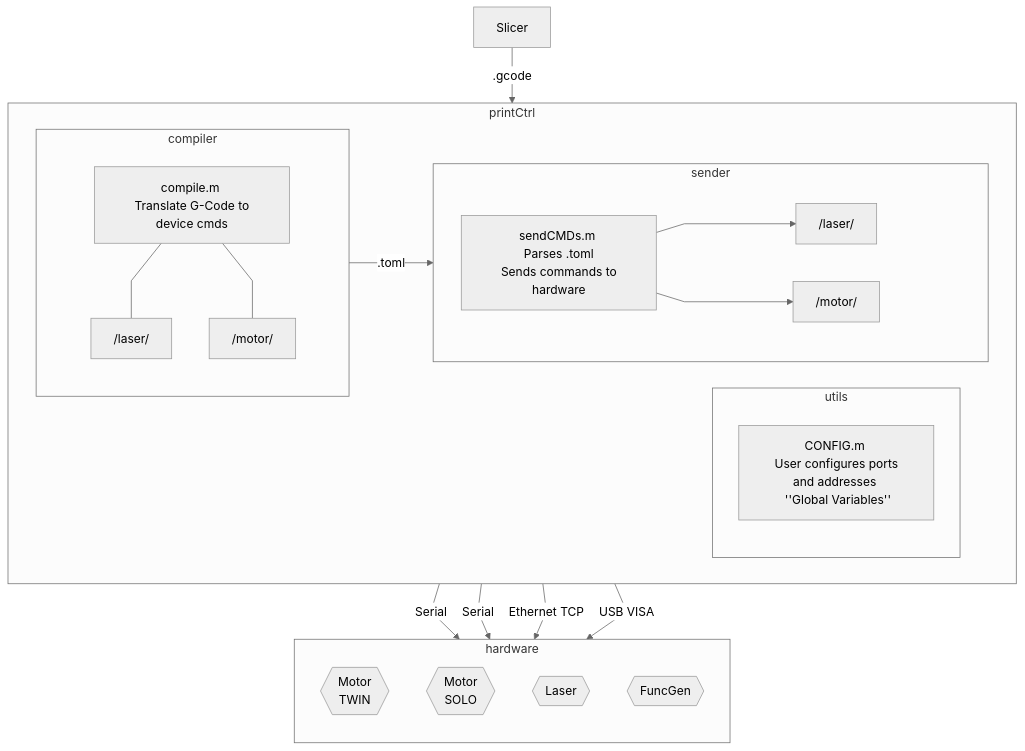
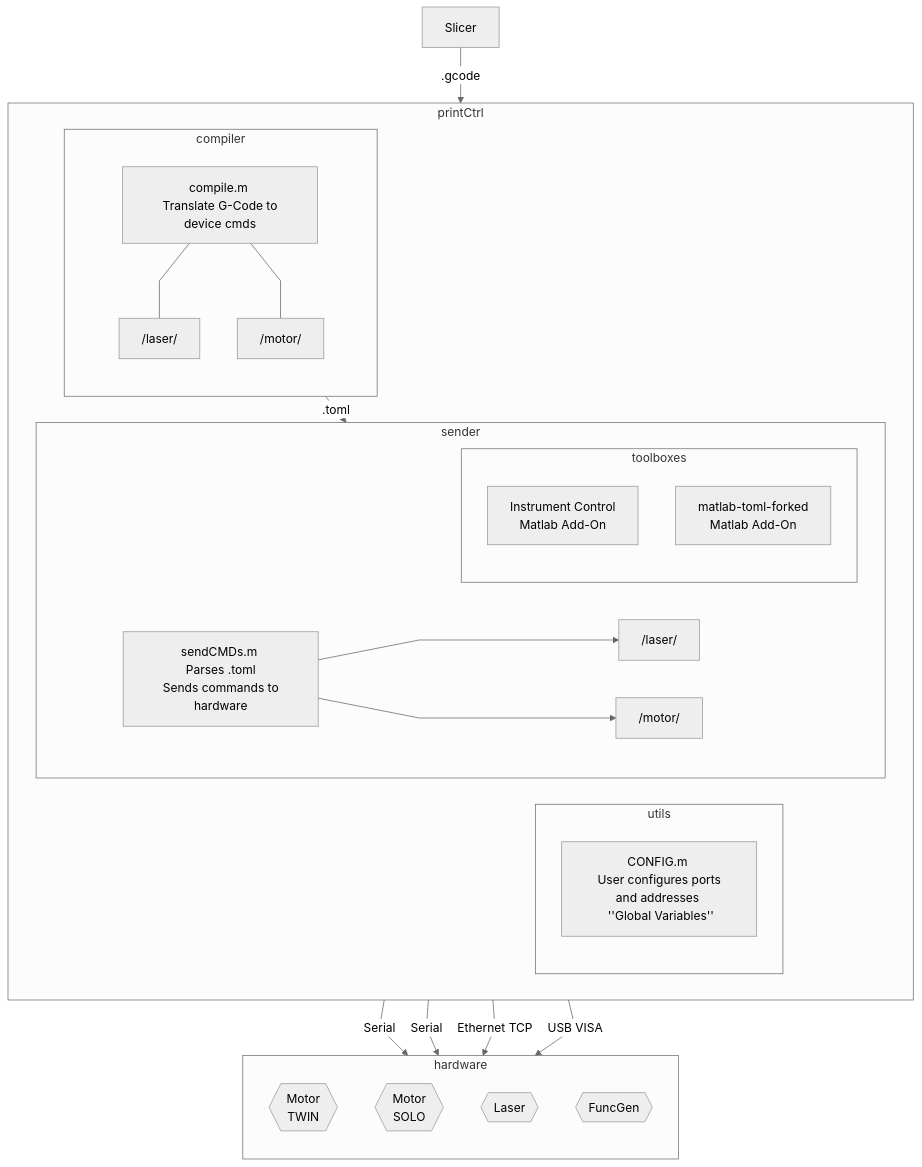
Before and after one commit to Aaron638/cpre491-senior-proj: the diagram in docs/printCtrl.md, drawn with Mermaid (neutral theme). The commit also changed other lines of this file and 14 other files, not shown here.

````diff
--- a/docs/printCtrl.md
+++ b/docs/printCtrl.md
@@ -19,45 +114,49 @@
 ```mermaid
-
 flowchart TB
     linkStyle default interpolate linear
     slicer["Slicer"];
 
     subgraph printCtrl
         direction LR
         
         subgraph compiler
             c["compile.m \n Translate G-Code to device cmds"];
             cm["/motor/ \n"];
             cl["/laser/ \n"];
 
             c --- cl & cm;
         end
 
         subgraph utils     
             cfg["CONFIG.m \n User configures ports and addresses \n ''Global Variables''"];
         end
 
         subgraph sender
             s["sendCMDs.m \n Parses .toml \n Sends commands to hardware"];
             sm["/motor/ \n"];
             sl["/laser/ \n"];
 
             s --> sl & sm;
+
+            subgraph toolboxes
+                pc3["Instrument Control \n Matlab Add-On"];
+                pc2["matlab-toml-forked \n Matlab Add-On"];
+            end
         end
     end
 
     slicer --.gcode--> compiler;
     compiler --.toml--> sender;
 
     subgraph hardware
         direction TB
         hw1{{"Motor \n TWIN"}};
         hw2{{"Motor \n SOLO"}};
         hw3{{"Laser"}};
         hw4{{"FuncGen"}};
     end
 
     sm --Serial--> hw1 & hw2;
     sl --Ethernet TCP--> hw3;
     s --USB VISA--> hw4;
 ``` 
````
